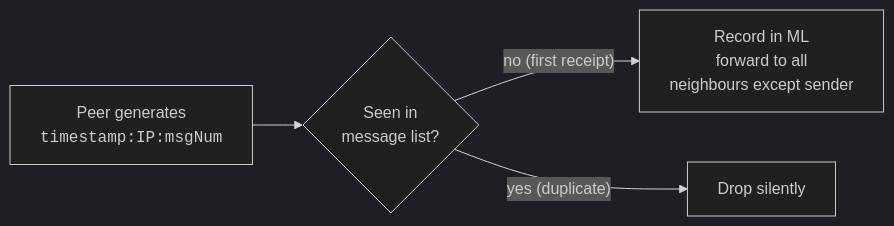
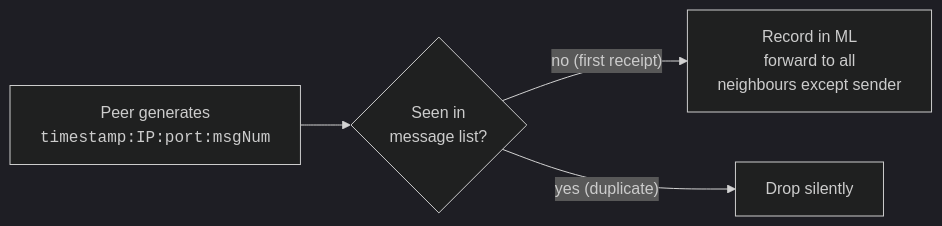
The third of 4 diagrams in README.md (SreenityaThatikunta/P2P-Gossip-Network), drawn with Mermaid (dark theme) before and after one commit. The commit also changed other lines of this file, not shown here.

````diff
--- a/README.md
+++ b/README.md
@@ -126,6 +126,6 @@
 ```mermaid
 flowchart LR
-    G["Peer generates<br/><code>timestamp:IP:msgNum</code>"] --> F{"Seen in<br/>message list?"}
+    G["Peer generates<br/><code>timestamp:IP:port:msgNum</code>"] --> F{"Seen in<br/>message list?"}
     F -- "no (first receipt)" --> R["Record in ML<br/>forward to all<br/>neighbours except sender"]
     F -- "yes (duplicate)" --> D["Drop silently"]
 ```
````
